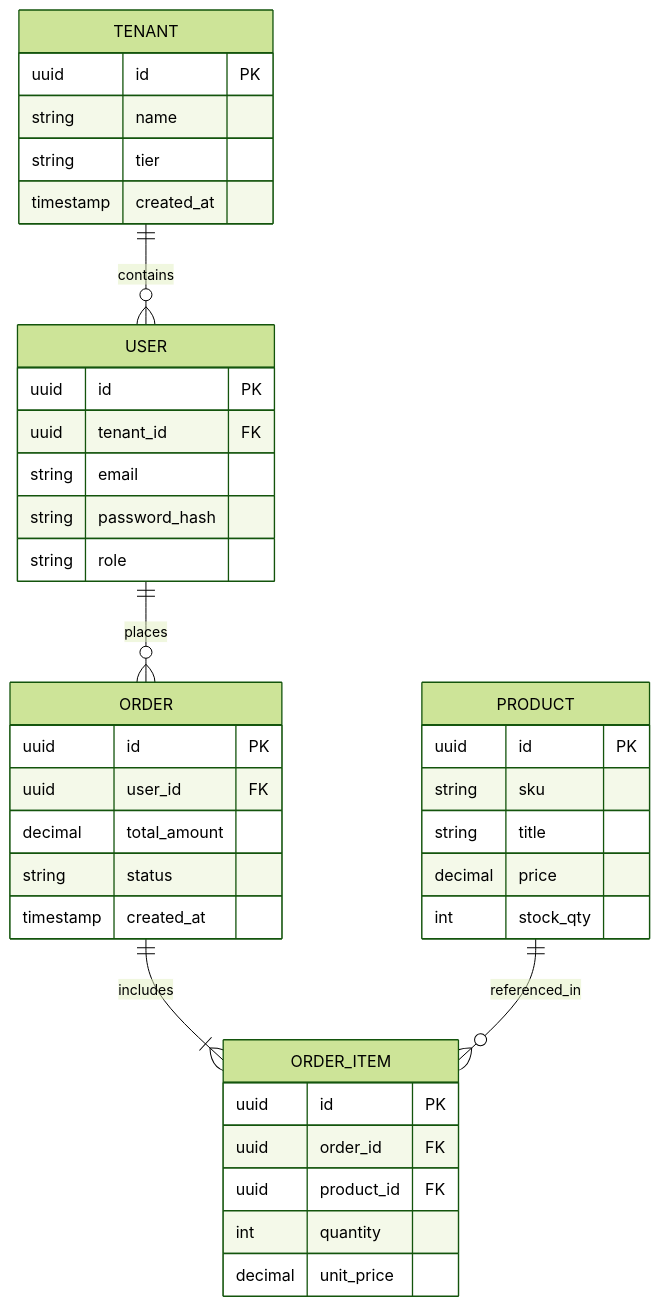
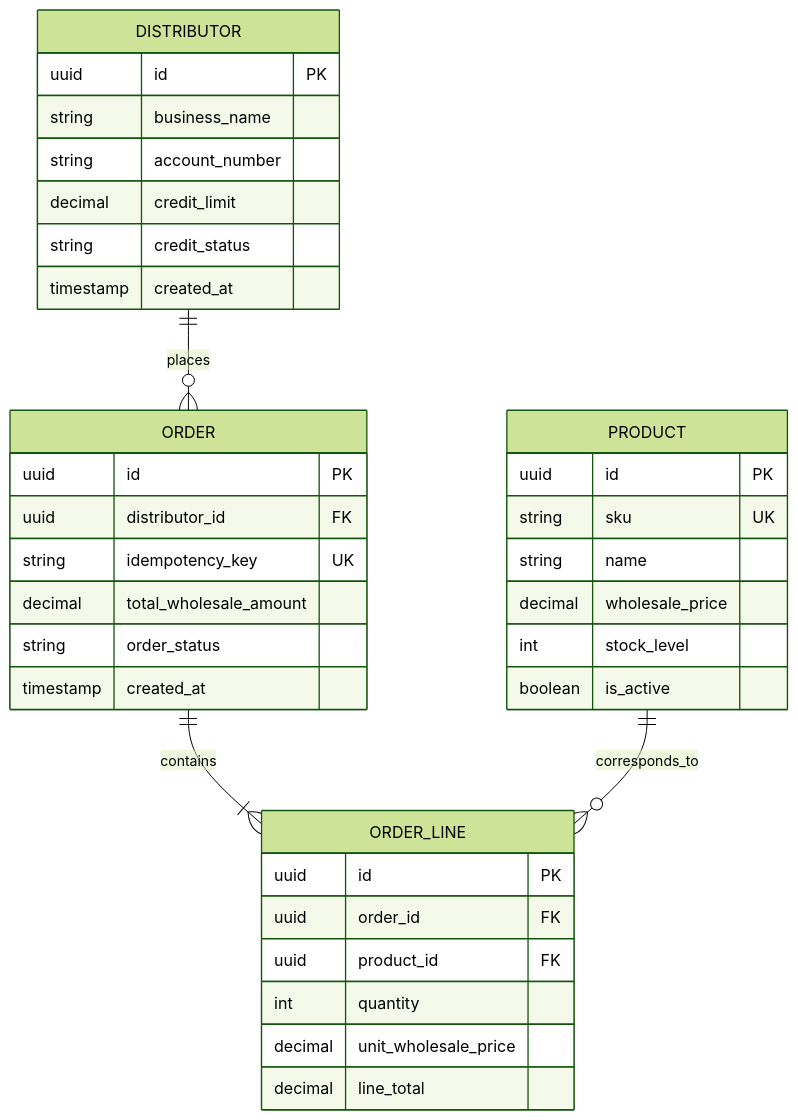
Before and after one commit to nihaljangave/sdlc-std-roles: the second of 2 diagrams in examples/b2b-ordering-mvp/docs/architecture/SAD.md, drawn with Mermaid (forest theme). The commit also changed other lines of this file and 5 other files, not shown here.

First line of the commit message:
docs(example): populate QuickDistro B2B reference project with real-world PRD, SAD, and charter

````diff
--- a/examples/b2b-ordering-mvp/docs/architecture/SAD.md
+++ b/examples/b2b-ordering-mvp/docs/architecture/SAD.md
@@ -53,42 +48,42 @@
 ```mermaid
 erDiagram
-    TENANT ||--o{ USER : contains
-    USER ||--o{ ORDER : places
-    ORDER ||--|{ ORDER_ITEM : includes
-    PRODUCT ||--o{ ORDER_ITEM : referenced_in
+    DISTRIBUTOR ||--o{ ORDER : places
+    ORDER ||--|{ ORDER_LINE : contains
+    PRODUCT ||--o{ ORDER_LINE : corresponds_to
 
-    TENANT {
+    DISTRIBUTOR {
         uuid id PK
-        string name
-        string tier
+        string business_name
+        string account_number
+        decimal credit_limit
+        string credit_status
         timestamp created_at
     }
-    USER {
-        uuid id PK
-        uuid tenant_id FK
-        string email
-        string password_hash
-        string role
-    }
+
     ORDER {
         uuid id PK
-        uuid user_id FK
-        decimal total_amount
-        string status
+        uuid distributor_id FK
+        string idempotency_key UK
+        decimal total_wholesale_amount
+        string order_status
         timestamp created_at
     }
+
     PRODUCT {
         uuid id PK
-        string sku
-        string title
-        decimal price
-        int stock_qty
+        string sku UK
+        string name
+        decimal wholesale_price
+        int stock_level
+        boolean is_active
     }
-    ORDER_ITEM {
+
+    ORDER_LINE {
         uuid id PK
         uuid order_id FK
         uuid product_id FK
         int quantity
-        decimal unit_price
+        decimal unit_wholesale_price
+        decimal line_total
     }
 ```
````
